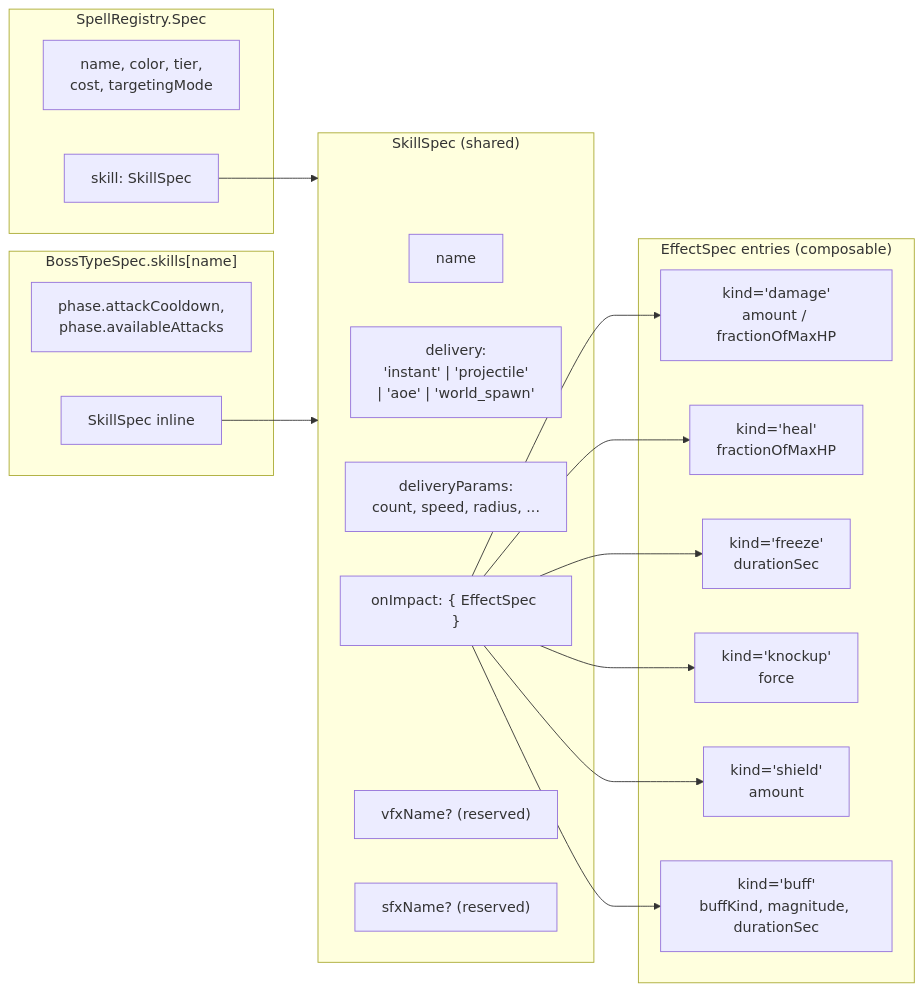
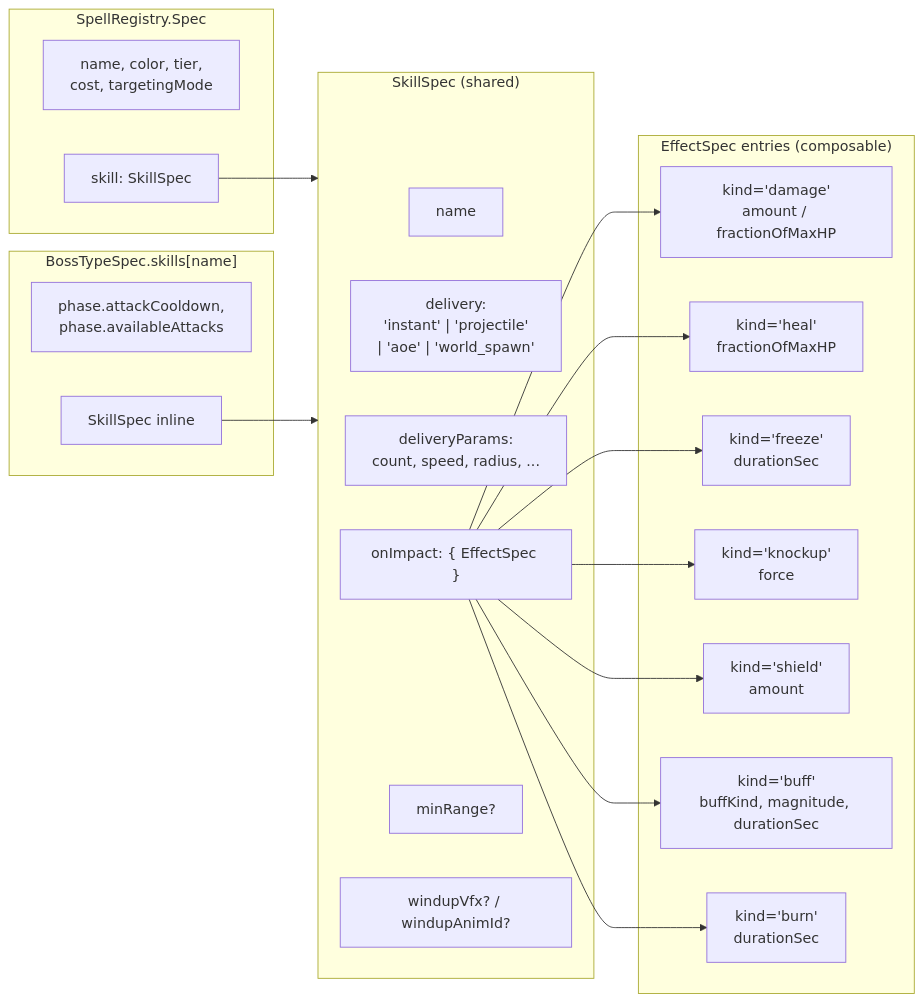
Before and after one commit to Lukizanda/brain-fighter: the second of 5 diagrams in wiki/systems/SkillPipeline.md, drawn with Mermaid. The commit also changed other lines of this file and 35 other files, not shown here.

````diff
--- a/wiki/systems/SkillPipeline.md
+++ b/wiki/systems/SkillPipeline.md
@@ -64,39 +64,41 @@
 ```mermaid
 graph LR
     subgraph PlayerWrapper["SpellRegistry.Spec"]
         W1["name, color, tier,<br/>cost, targetingMode"]
         S1["skill: SkillSpec"]
     end
 
     subgraph BossWrapper["BossTypeSpec.skills[name]"]
         W2["phase.attackCooldown,<br/>phase.availableAttacks"]
         S2["SkillSpec inline"]
     end
 
     subgraph SkillCore["SkillSpec (shared)"]
         SN["name"]
         SD["delivery:<br/>'instant' | 'projectile'<br/>| 'aoe' | 'world_spawn'"]
         SDP["deliveryParams:<br/>count, speed, radius, ..."]
         SOI["onImpact: { EffectSpec }"]
-        SVF["vfxName? (reserved)"]
-        SSF["sfxName? (reserved)"]
+        SVF["minRange?"]
+        SSF["windupVfx? / windupAnimId?"]
     end
 
     subgraph Effects["EffectSpec entries (composable)"]
         E1["kind='damage'<br/>amount / fractionOfMaxHP"]
         E2["kind='heal'<br/>fractionOfMaxHP"]
         E3["kind='freeze'<br/>durationSec"]
         E4["kind='knockup'<br/>force"]
         E5["kind='shield'<br/>amount"]
         E6["kind='buff'<br/>buffKind, magnitude, durationSec"]
+        E7["kind='burn'<br/>durationSec"]
     end
 
     S1 --> SkillCore
     S2 --> SkillCore
     SOI --> E1
     SOI --> E2
     SOI --> E3
     SOI --> E4
     SOI --> E5
     SOI --> E6
+    SOI --> E7
 ```
````
